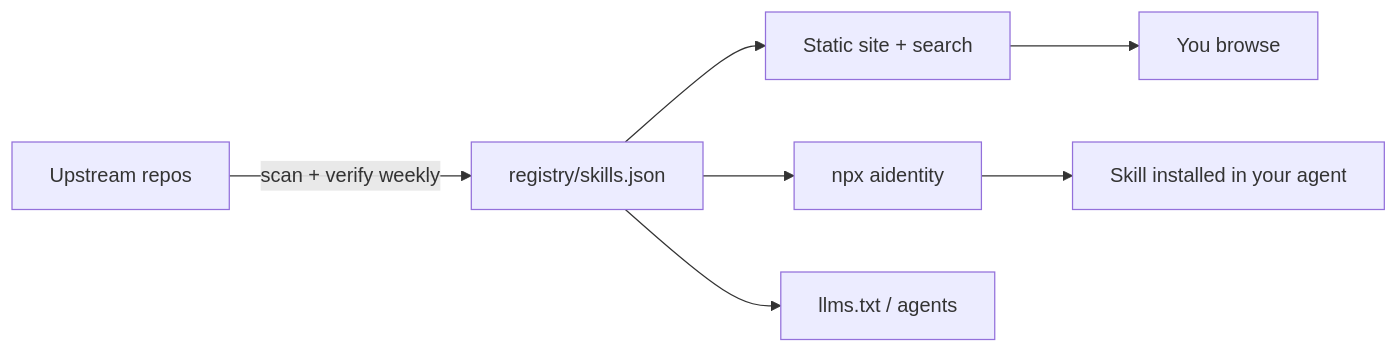
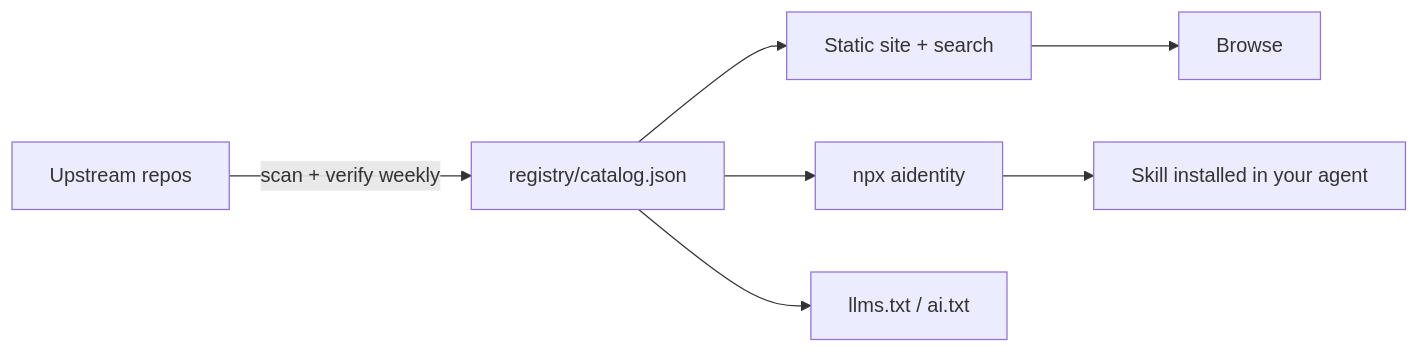
One commit to AkshatNaruka/aidentity changed the diagram in README.md. Above: the diagram before and after it, drawn with Mermaid. The commit also changed other lines of this file and 6 other files, not shown here.

````diff
--- a/README.md
+++ b/README.md
@@ -137,9 +120,9 @@
 ```mermaid
 flowchart LR
-  A[Upstream repos] -->|scan + verify weekly| B[registry/skills.json]
+  A[Upstream repos] -->|scan + verify weekly| B[registry/catalog.json]
   B --> C[Static site + search]
   B --> D[npx aidentity]
-  B --> E[llms.txt / agents]
-  C --> F[You browse]
+  B --> E[llms.txt / ai.txt]
+  C --> F[Browse]
   D --> G[Skill installed in your agent]
 ```
````
